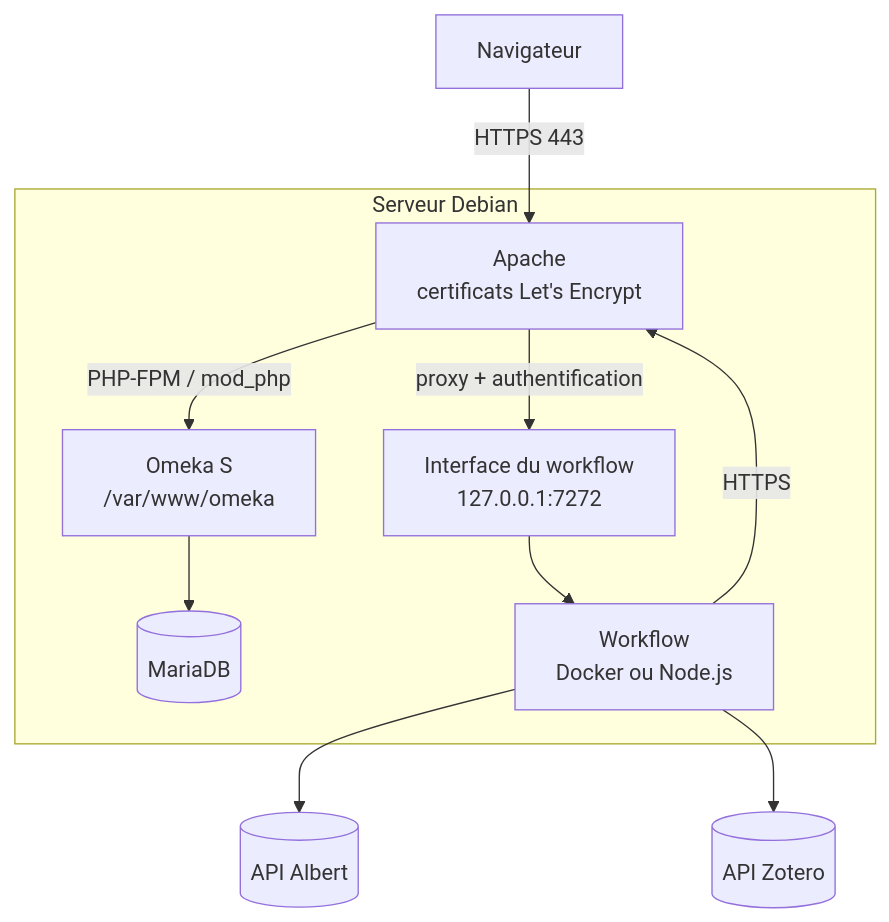
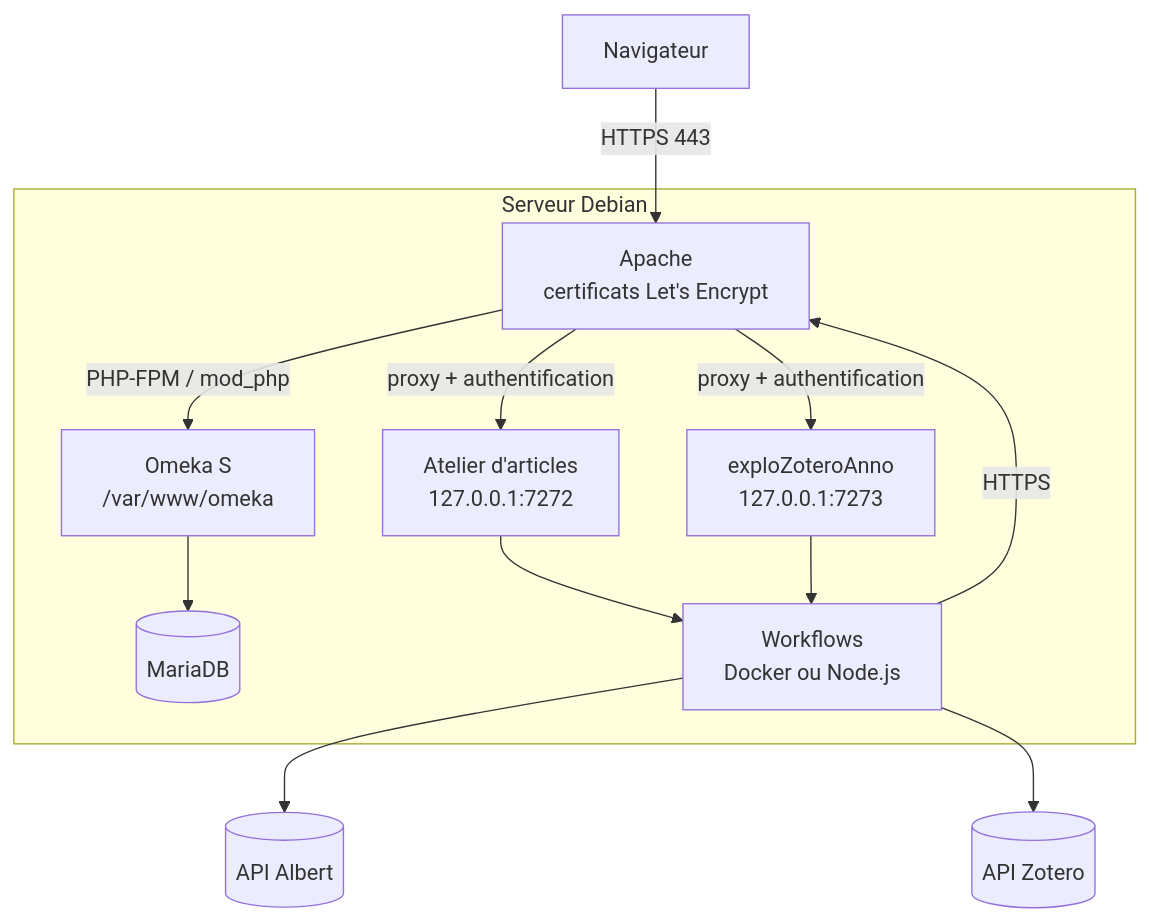
One commit to samszo/ecosysteme-agents-recherche changed the fifth of 5 diagrams in docs/installation.md. Above: the diagram before and after it, drawn with Mermaid. The commit also changed other lines of this file and 10 other files, not shown here.

````diff
--- a/docs/installation.md
+++ b/docs/installation.md
@@ -269,14 +315,16 @@
 ```mermaid
 flowchart TB
     U[Navigateur] -- HTTPS 443 --> AP
     subgraph Serveur["Serveur Debian"]
         AP[Apache<br/>certificats Let's Encrypt]
         AP -- PHP-FPM / mod_php --> OM[Omeka S<br/>/var/www/omeka]
-        AP -- proxy + authentification --> UI[Interface du workflow<br/>127.0.0.1:7272]
+        AP -- proxy + authentification --> UI[Atelier d'articles<br/>127.0.0.1:7272]
+        AP -- proxy + authentification --> UX[exploZoteroAnno<br/>127.0.0.1:7273]
         OM --> DB[(MariaDB)]
-        UI --> WF[Workflow<br/>Docker ou Node.js]
+        UI --> WF[Workflows<br/>Docker ou Node.js]
+        UX --> WF
         WF -- HTTPS --> AP
     end
     WF --> ALB[(API Albert)]
     WF --> ZOT[(API Zotero)]
 ```
````
